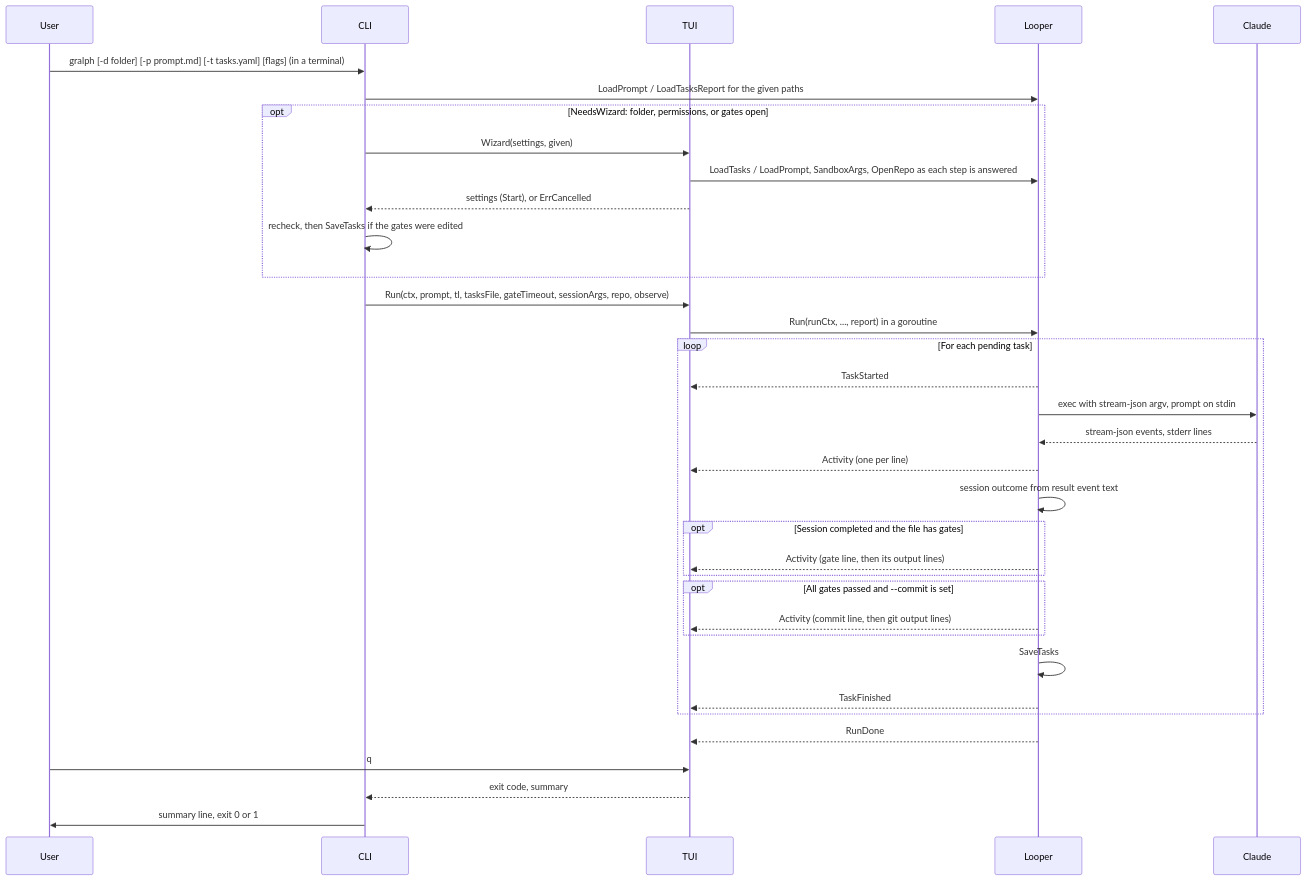
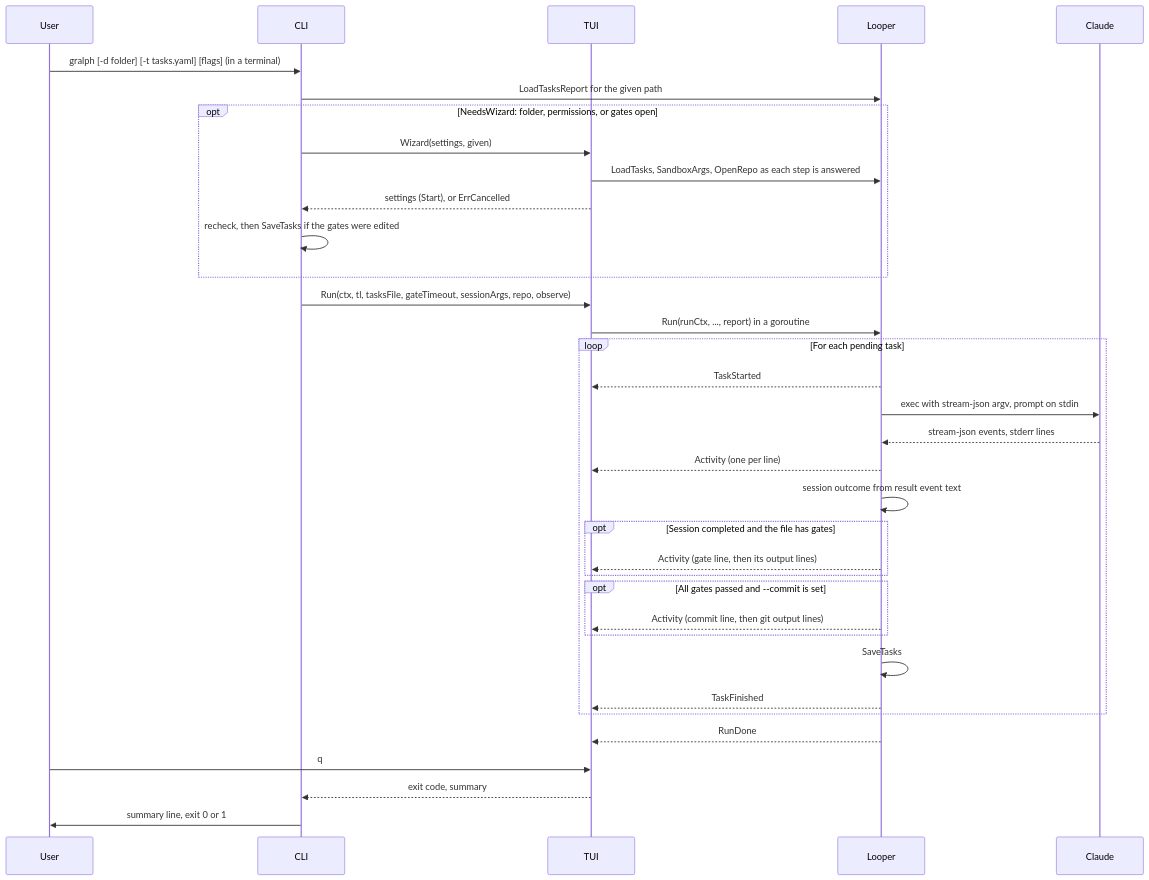
One commit to twistingmercury/gralph changed the third of 6 diagrams in docs/architecture/03_system_architecture.md. Above: the diagram before and after it, drawn with Mermaid. The commit also changed other lines of this file and 55 other files, not shown here.

First line of the commit message:
Put the shared prompt in tasks.yaml; remove prompt.md and -p (#31)

````diff
--- a/docs/architecture/03_system_architecture.md
+++ b/docs/architecture/03_system_architecture.md
@@ -362,38 +360,38 @@
 ```mermaid
 sequenceDiagram
     participant User
     participant CLI
     participant TUI
     participant Looper
     participant Claude
 
-    User->>CLI: gralph [-d folder] [-p prompt.md] [-t tasks.yaml] [flags] (in a terminal)
-    CLI->>Looper: LoadPrompt / LoadTasksReport for the given paths
+    User->>CLI: gralph [-d folder] [-t tasks.yaml] [flags] (in a terminal)
+    CLI->>Looper: LoadTasksReport for the given path
     opt NeedsWizard: folder, permissions, or gates open
         CLI->>TUI: Wizard(settings, given)
-        TUI->>Looper: LoadTasks / LoadPrompt, SandboxArgs, OpenRepo as each step is answered
+        TUI->>Looper: LoadTasks, SandboxArgs, OpenRepo as each step is answered
         TUI-->>CLI: settings (Start), or ErrCancelled
         CLI->>CLI: recheck, then SaveTasks if the gates were edited
     end
-    CLI->>TUI: Run(ctx, prompt, tl, tasksFile, gateTimeout, sessionArgs, repo, observe)
+    CLI->>TUI: Run(ctx, tl, tasksFile, gateTimeout, sessionArgs, repo, observe)
     TUI->>Looper: Run(runCtx, ..., report) in a goroutine
     loop For each pending task
         Looper-->>TUI: TaskStarted
         Looper->>Claude: exec with stream-json argv, prompt on stdin
         Claude-->>Looper: stream-json events, stderr lines
         Looper-->>TUI: Activity (one per line)
         Looper->>Looper: session outcome from result event text
         opt Session completed and the file has gates
             Looper-->>TUI: Activity (gate line, then its output lines)
         end
         opt All gates passed and --commit is set
             Looper-->>TUI: Activity (commit line, then git output lines)
         end
         Looper->>Looper: SaveTasks
         Looper-->>TUI: TaskFinished
     end
     Looper-->>TUI: RunDone
     User->>TUI: q
     TUI-->>CLI: exit code, summary
     CLI->>User: summary line, exit 0 or 1
 ```
````
